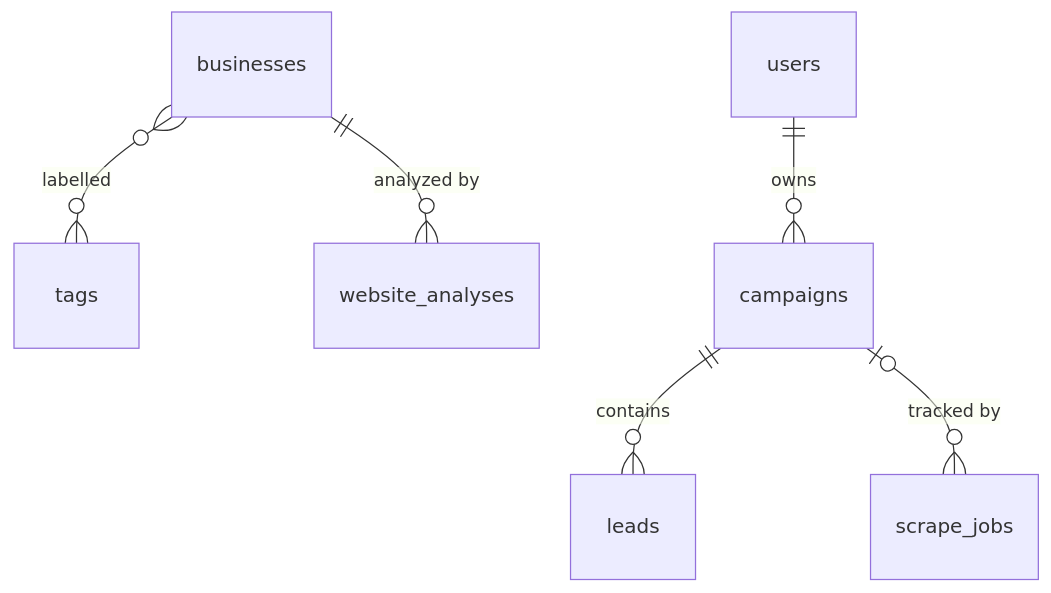
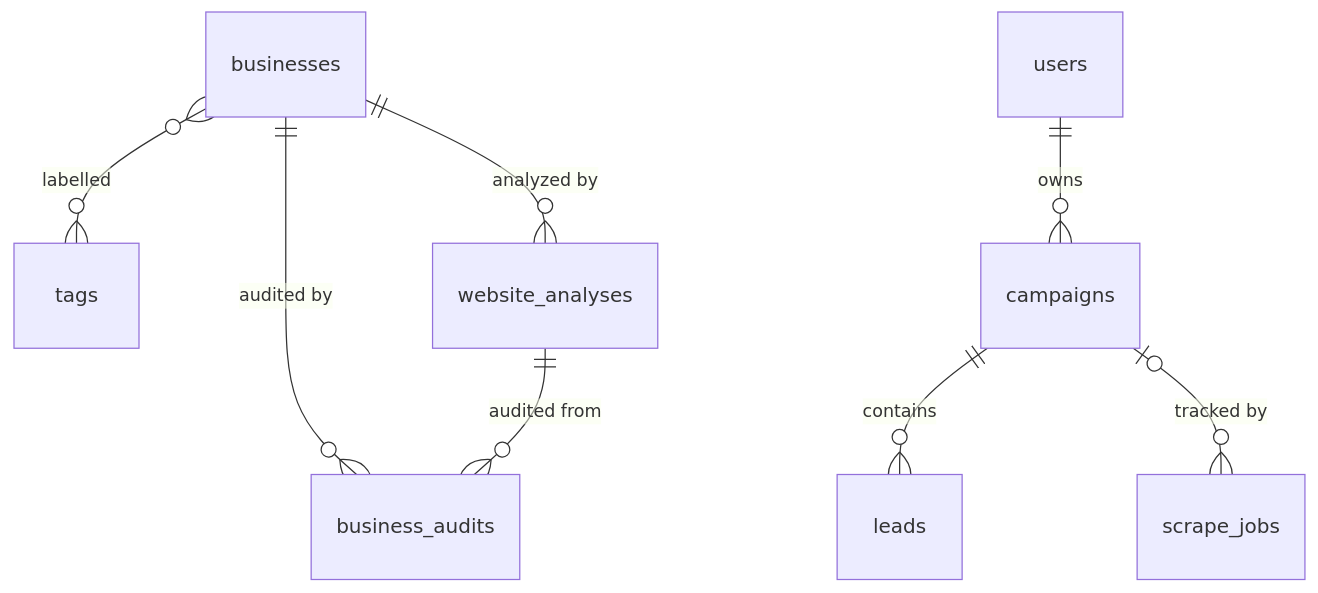
The diagram in docs/DATABASE.md (Abuzar0021/omnistacks-ai-engine), drawn with Mermaid before and after one commit. The commit also changed other lines of this file and 34 other files, not shown here.

First line of the commit message:
Add AI audits & scoring module (M3): OpenRouter fit scoring for businesses

````diff
--- a/docs/DATABASE.md
+++ b/docs/DATABASE.md
@@ -235,8 +282,10 @@
 ```mermaid
 erDiagram
     businesses }o--o{ tags : labelled
     businesses ||--o{ website_analyses : "analyzed by"
+    businesses ||--o{ business_audits : "audited by"
+    website_analyses ||--o{ business_audits : "audited from"
     users ||--o{ campaigns : owns
     campaigns ||--o{ leads : contains
     campaigns |o--o{ scrape_jobs : "tracked by"
 ```
````
